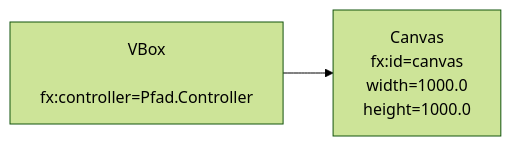
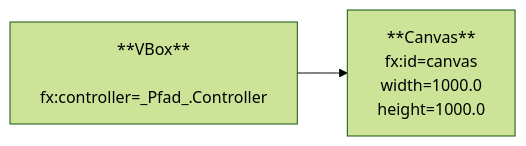
Before and after one commit to jappuccini/java-docs: the second of 2 diagrams in docs/exercises/javafx/javafx07.md, drawn with Mermaid (forest theme). The commit also changed other lines of this file and 7 other files, not shown here.

Commit message:
Fix Mermaid for JavaFX Exercises

````diff
--- a/docs/exercises/javafx/javafx07.md
+++ b/docs/exercises/javafx/javafx07.md
@@ -58,11 +54,10 @@
 ```mermaid
 flowchart LR
-	vbox[VBox
-	     fx:controller=Pfad.Controller]
-	canvas[Canvas
-	       fx:id=canvas
-	       width=1000.0
-	       height=1000.0]
-
-    vbox --> canvas
+   vbox[**VBox**
+   fx:controller=_Pfad_.Controller]
+   canvas[**Canvas**
+   fx:id=canvas
+   width=1000.0
+   height=1000.0]
+   vbox --> canvas
 ```
````
